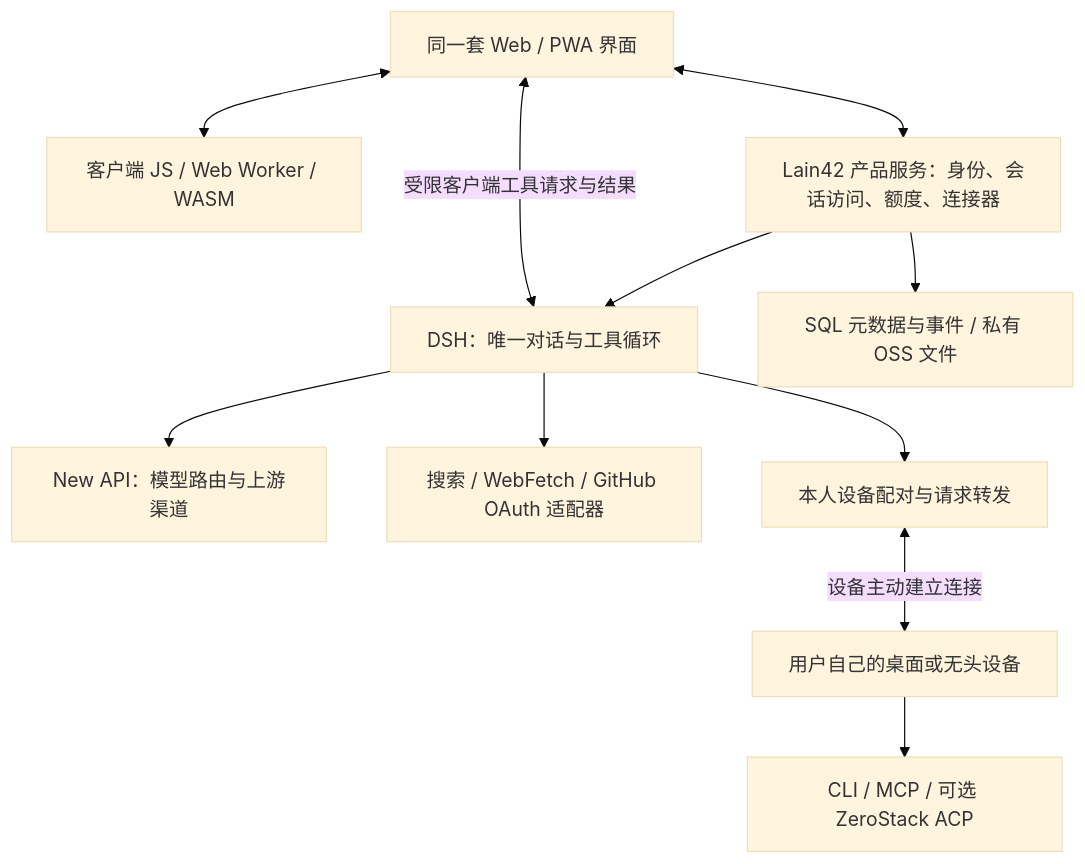
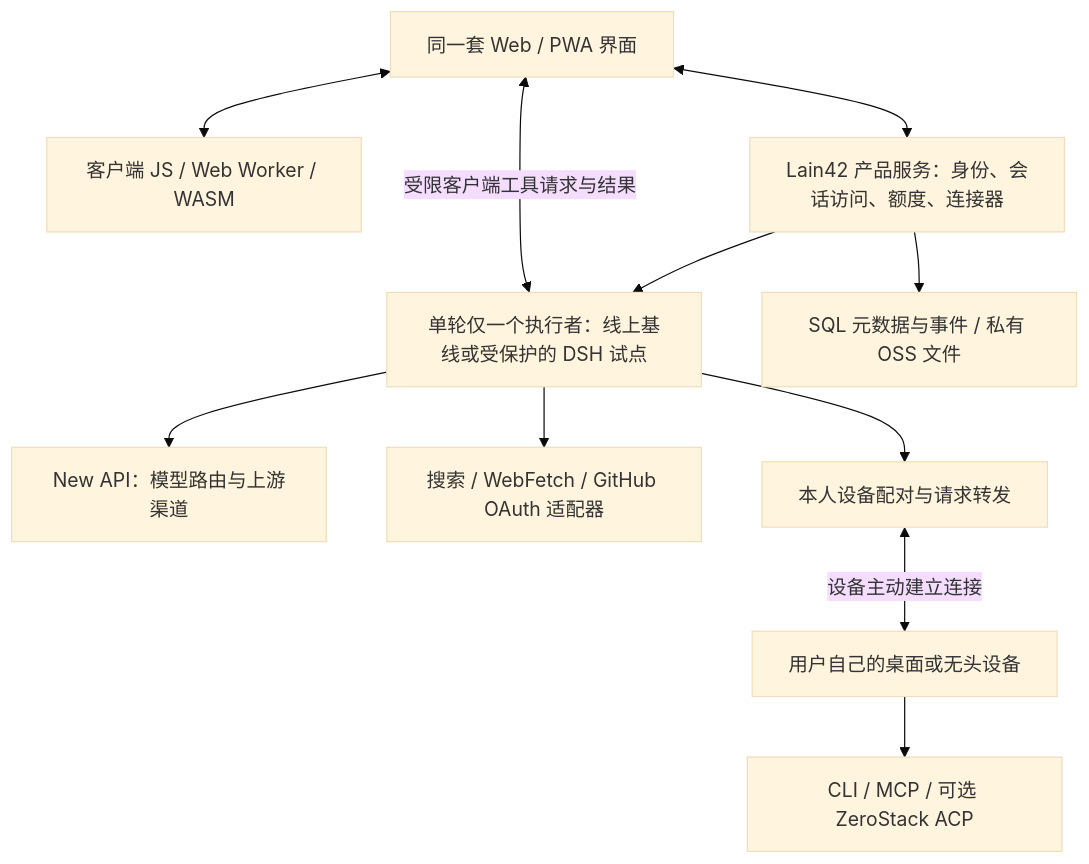
The diagram in .agents/results/architecture/architecture-recommendation-lain42-platform.md (lilyco-42/deepseek-harness), drawn with Mermaid (base theme) before and after one commit. The commit also changed other lines of this file and 3 other files, not shown here.

````diff
--- a/.agents/results/architecture/architecture-recommendation-lain42-platform.md
+++ b/.agents/results/architecture/architecture-recommendation-lain42-platform.md
@@ -52,24 +52,24 @@
 ```mermaid
 flowchart TB
   UI[同一套 Web / PWA 界面]
   Local[客户端 JS / Web Worker / WASM]
   App[Lain42 产品服务：身份、会话访问、额度、连接器]
-  Loop[DSH：唯一对话与工具循环]
+  Loop[单轮仅一个执行者：线上基线或受保护的 DSH 试点]
   GW[New API：模型路由与上游渠道]
   Net[搜索 / WebFetch / GitHub OAuth 适配器]
   Store[SQL 元数据与事件 / 私有 OSS 文件]
   Relay[本人设备配对与请求转发]
   Device[用户自己的桌面或无头设备]
   Native[CLI / MCP / 可选 ZeroStack ACP]
 
   UI <--> App
   UI <--> Local
   App --> Loop
   Loop --> GW
   Loop --> Net
   Loop <-->|受限客户端工具请求与结果| UI
   App --> Store
   Loop --> Relay
   Relay <-->|设备主动建立连接| Device
   Device --> Native
 ```
````
